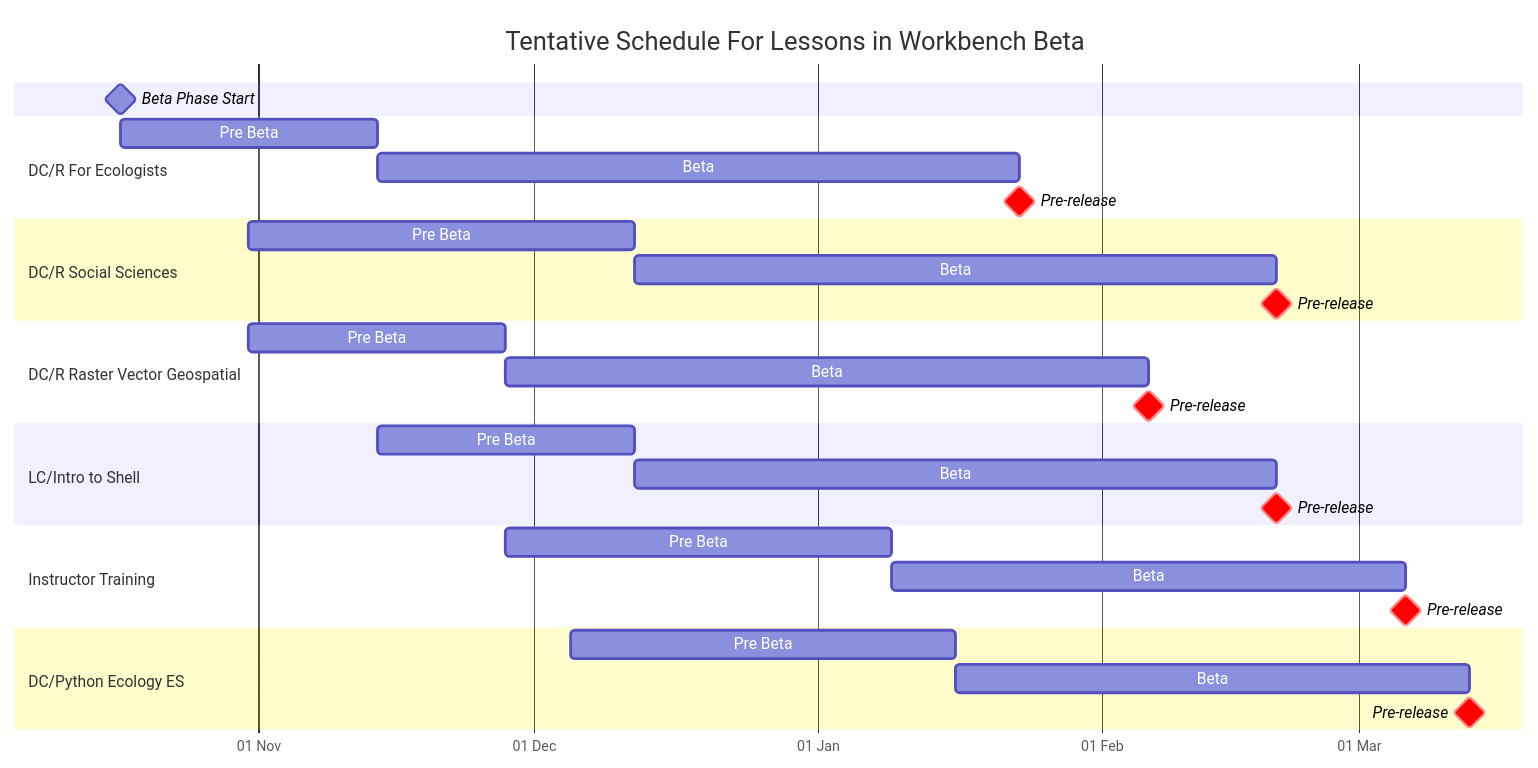
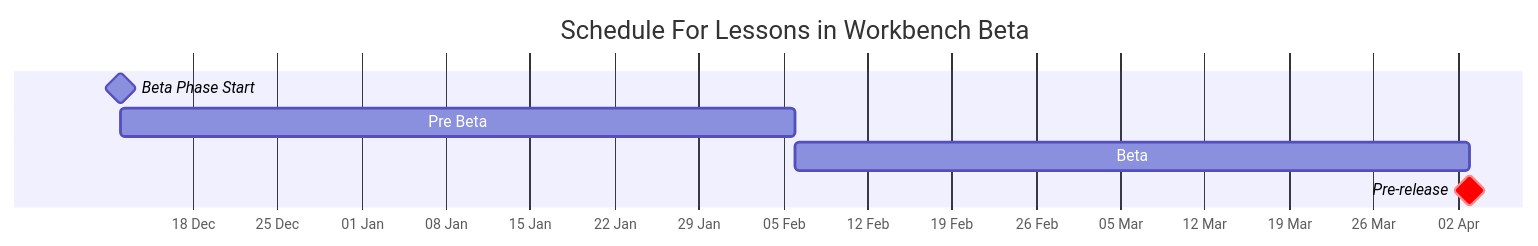
The diagram in beta-phase.qmd (carpentries/workbench), drawn with Mermaid before and after one commit. The commit also changed other lines of this file, not shown here.

Commit message:
update beta phase dates

````diff
--- a/beta-phase.qmd
+++ b/beta-phase.qmd
@@ -195,37 +265,12 @@
 ```{mermaid}
 gantt
     dateFormat  YYYY-MM-DD
     axisFormat  %d %b
-    title       Tentative Schedule For Lessons in Workbench Beta
+    title       Schedule For Lessons in Workbench Beta
 
-    Beta Phase Start   :milestone, 2022-10-17,
-    section DC/R For Ecologists
-    Pre Beta           :      dcre-pb, 2022-10-17, 28d
-    Beta               :      dcre-b, after dcre-pb, 70d
+    Beta Phase Start   :milestone, 2022-12-12,
+    Pre Beta           :      dcre-pb, 2022-12-12, 56d
+    Beta               :      dcre-b, after dcre-pb, 56d
     Pre-release        :milestone, crit, after dcre-b
 
-    section DC/R Social Sciences
-    Pre Beta           :      dcrs-pb, 2022-10-31, 42d
-    Beta               :      dcrs-b, after dcrs-pb, 70d
-    Pre-release        :milestone, crit, after dcrs-b
-
-    section DC/R Raster Vector Geospatial
-    Pre Beta           :      dcrvg-pb, 2022-10-31, 28d
-    Beta               :      dcrvg-b, after dcrvg-pb, 70d
-    Pre-release        :milestone, crit, after dcrvg-b
-
-    section LC/Intro to Shell
-    Pre Beta           :      lcs-pb, 2022-11-14, 28d
-    Beta               :      lcs-b, after lcs-pb, 70d
-    Pre-release        :milestone, crit, after lcs-b
-    
-    section Instructor Training
-    Pre Beta           :      it-pb, 2022-11-28, 42d
-    Beta               :      it-b, after it-pb, 56d
-    Pre-release        :milestone, crit, after it-b
-    
-    section DC/Python Ecology ES
-    Pre Beta           :      pes-pb, 2022-12-05, 42d
-    Beta               :      pes-b, after pes-pb, 56d
-    Pre-release        :milestone, crit, after pes-b
 ```
````
